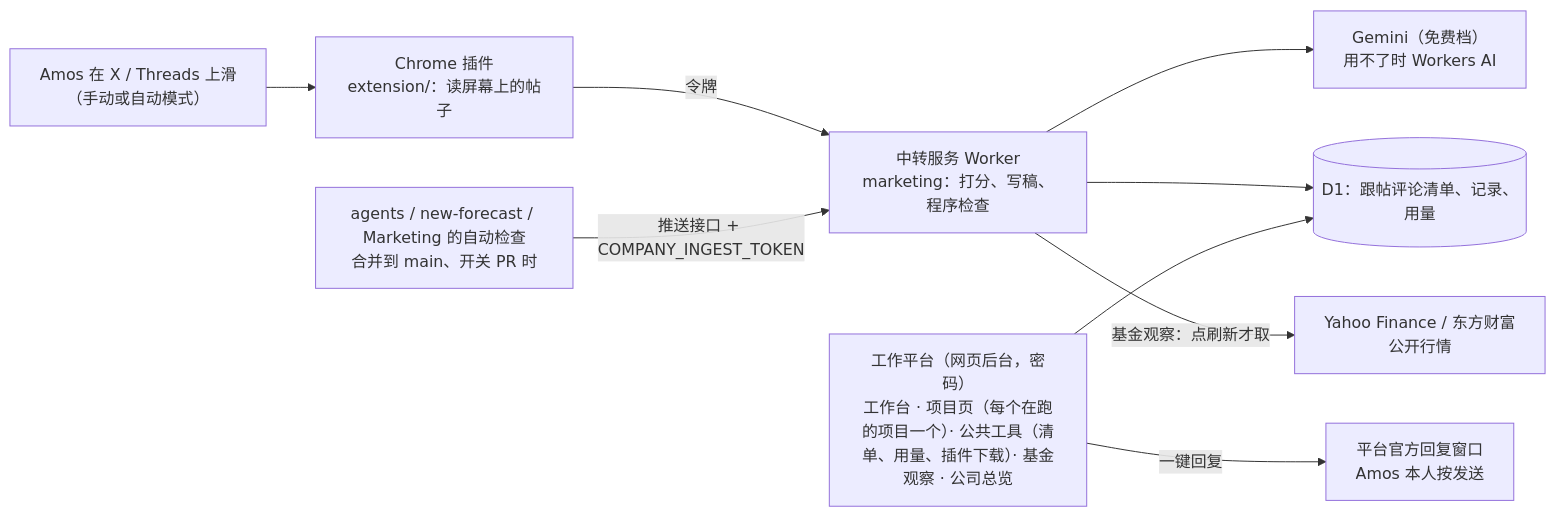
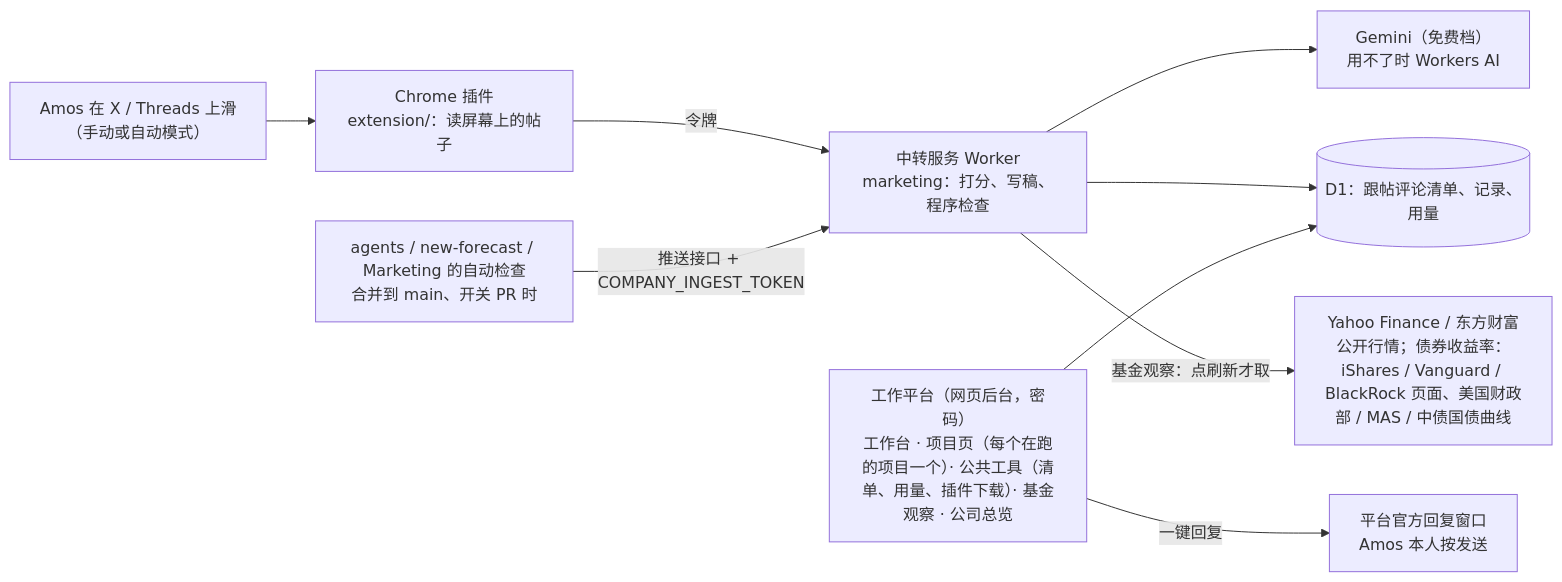
The diagram in 项目地图.md (dollar3651314/Marketing), drawn with Mermaid before and after one commit. The commit also changed other lines of this file and 1 other file, not shown here.

First line of the commit message:
基金观察第二版：更新项目地图（v4.1，约定 23⑥、未验证点）和项目索引（v3.8：funds-yield.ts、0018、fund_yield、外部来源、接口字段）

````diff
--- a/项目地图.md
+++ b/项目地图.md
@@ -20,11 +21,11 @@
 ```mermaid
 flowchart LR
     A["Amos 在 X / Threads 上滑<br/>（手动或自动模式）"] --> P["Chrome 插件<br/>extension/：读屏幕上的帖子"]
     P -->|"令牌"| R["中转服务 Worker<br/>marketing：打分、写稿、程序检查"]
     R --> G["Gemini（免费档）<br/>用不了时 Workers AI"]
     R --> D[("D1：跟帖评论清单、记录、用量")]
     B["工作平台（网页后台，密码）<br/>工作台 · 项目页（每个在跑的项目一个）· 公共工具（清单、用量、插件下载）· 基金观察 · 公司总览"] --> D
-    R -->|"基金观察：点刷新才取"| Y["Yahoo Finance / 东方财富<br/>公开行情"]
+    R -->|"基金观察：点刷新才取"| Y["Yahoo Finance / 东方财富<br/>公开行情；债券收益率：iShares / Vanguard / BlackRock 页面、美国财政部 / MAS / 中债国债曲线"]
     B -->|"一键回复"| O["平台官方回复窗口<br/>Amos 本人按发送"]
     C["agents / new-forecast / Marketing 的自动检查<br/>合并到 main、开关 PR 时"] -->|"推送接口 + COMPANY_INGEST_TOKEN"| R
 ```
````
